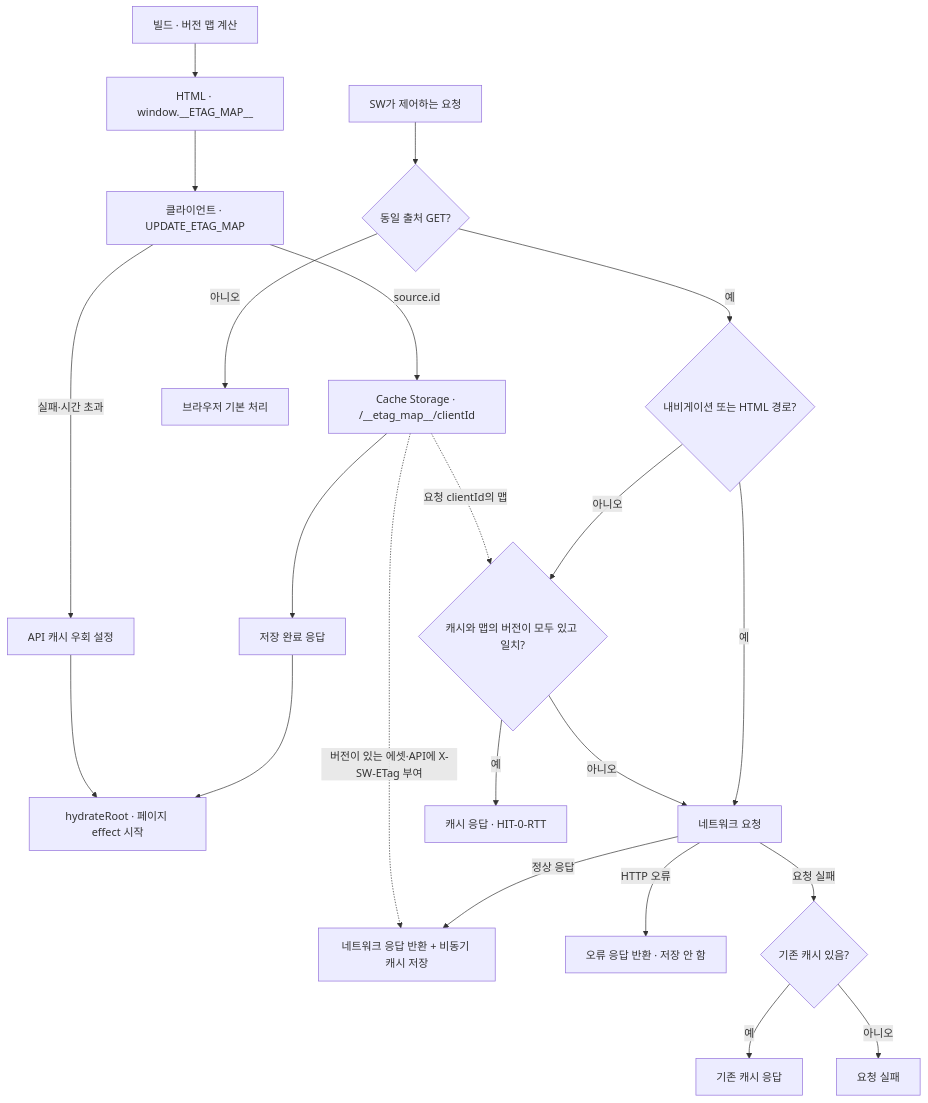
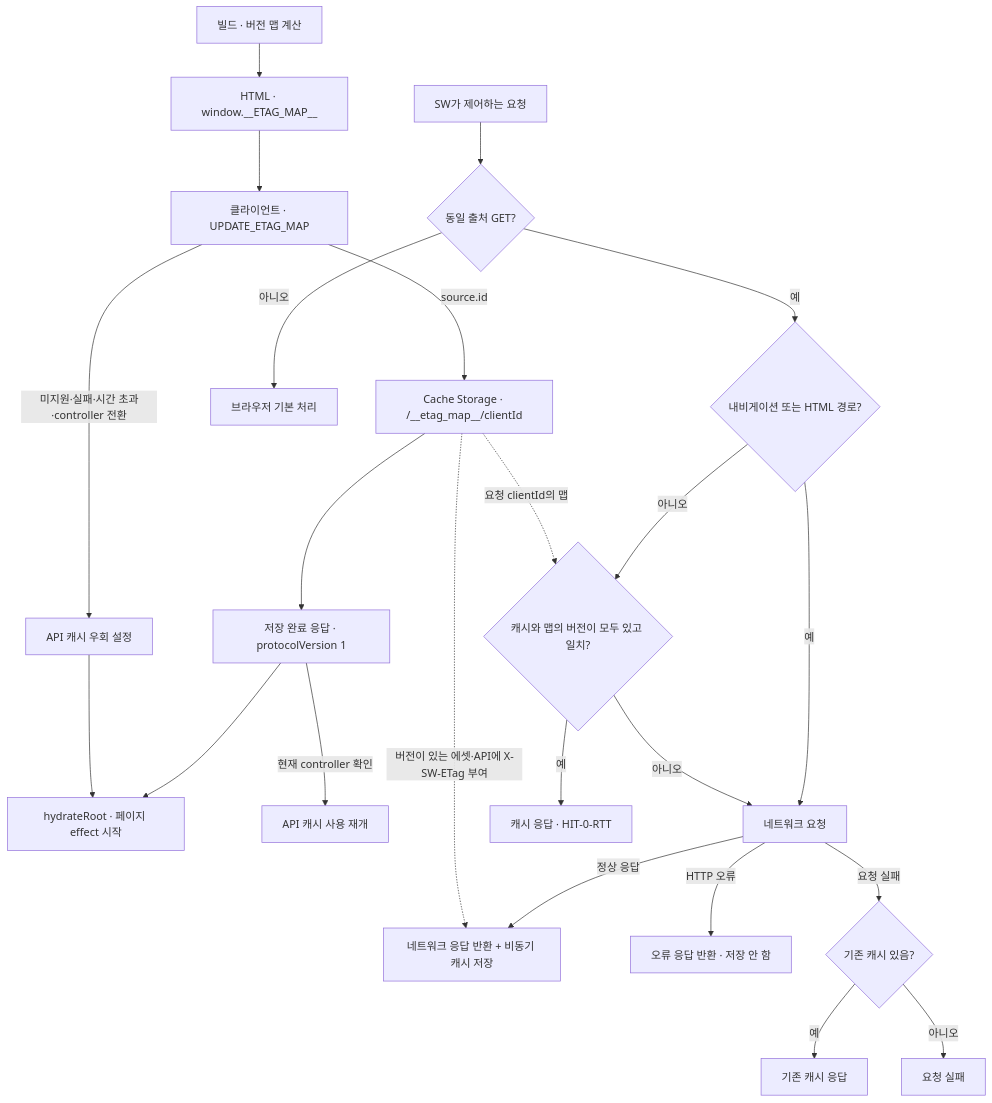
Before and after one commit to tomatoM4to/tomatoM4to.github.io: the first of 2 diagrams in docs/ETag-Map.md, drawn with Mermaid. The commit also changed other lines of this file and 5 other files, not shown here.

````diff
--- a/docs/ETag-Map.md
+++ b/docs/ETag-Map.md
@@ -27,25 +28,26 @@
 ```mermaid
 flowchart TD
     Build["빌드 · 버전 맵 계산"] --> HTML["HTML · window.__ETAG_MAP__"]
     HTML --> Client["클라이언트 · UPDATE_ETAG_MAP"]
     Client -->|source.id| Map["Cache Storage · /__etag_map__/clientId"]
-    Map --> Ack["저장 완료 응답"]
+    Map --> Ack["저장 완료 응답 · protocolVersion 1"]
     Ack --> Hydrate["hydrateRoot · 페이지 effect 시작"]
-    Client -->|실패·시간 초과| Bypass["API 캐시 우회 설정"]
+    Client -->|미지원·실패·시간 초과·controller 전환| Bypass["API 캐시 우회 설정"]
+    Ack -->|현재 controller 확인| Resume["API 캐시 사용 재개"]
     Bypass --> Hydrate
 
     Request["SW가 제어하는 요청"] --> Scope{"동일 출처 GET?"}
     Scope -->|아니오| Browser["브라우저 기본 처리"]
     Scope -->|예| Nav{"내비게이션 또는 HTML 경로?"}
     Nav -->|예| Network["네트워크 요청"]
     Nav -->|아니오| Match{"캐시와 맵의 버전이 모두 있고 일치?"}
     Map -.->|요청 clientId의 맵| Match
     Match -->|예| Hit["캐시 응답 · HIT-0-RTT"]
     Match -->|아니오| Network
     Network -->|정상 응답| Save["네트워크 응답 반환 + 비동기 캐시 저장"]
     Network -->|HTTP 오류| HttpError["오류 응답 반환 · 저장 안 함"]
     Map -.->|버전이 있는 에셋·API에 X-SW-ETag 부여| Save
     Network -->|요청 실패| Cached{"기존 캐시 있음?"}
     Cached -->|예| Fallback["기존 캐시 응답"]
     Cached -->|아니오| Error["요청 실패"]
 ```
````
